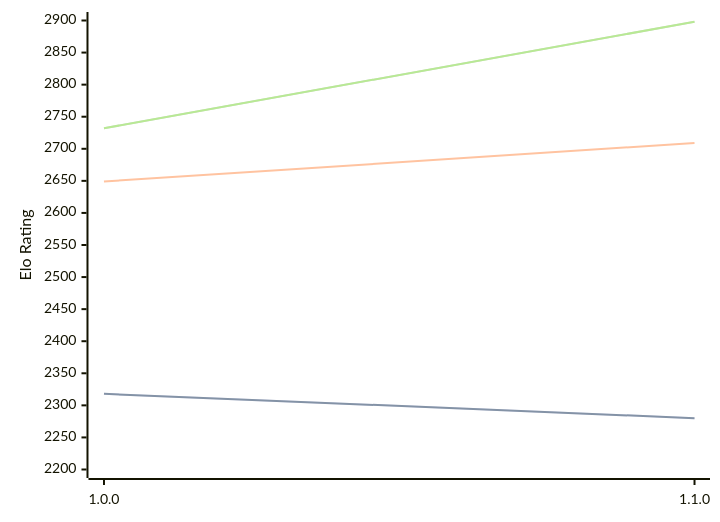
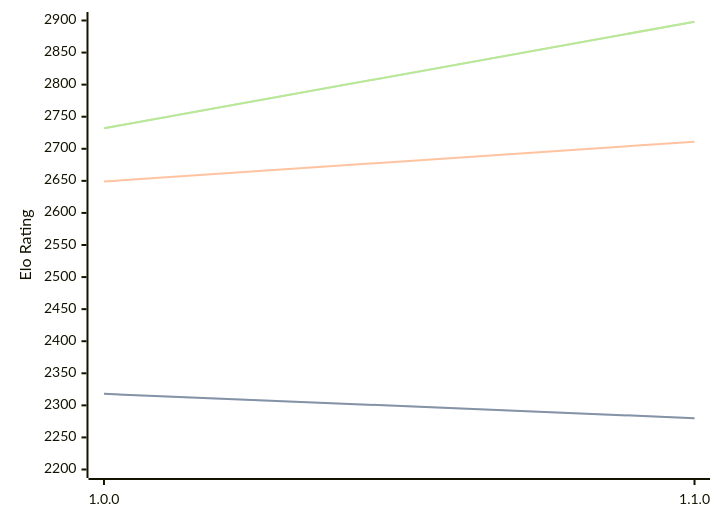
Before and after one commit to computer-chess-index/cci: the diagram in engines/ShallowGuess.md, drawn with Mermaid. The commit also changed other lines of this file, not shown here.

````diff
--- a/engines/ShallowGuess.md
+++ b/engines/ShallowGuess.md
@@ -36,11 +36,11 @@
 ```mermaid
 %%{init: {"theme":"base","themeVariables":{"seriesColors:['#a3a3a3','#222221','#faa371']}}}%%
 xychart-beta
   x-axis ["1.0.0", "1.1.0"]
   y-axis "Elo Rating" 2200 --> 2900
   line "STC (8.0+0.08s)" [2318, 2280]
   line "STC (8.0+0.08s)" [2318, 2280]
-  line "LTC (60.0+0.60s)" [2649, 2709]
+  line "LTC (60.0+0.60s)" [2649, 2711]
   line "VLTC (2m24s+1.12s)" [2732, 2898]
   line "VLTC (2m24s+1.12s)" [2732, 2898]
 ```
````
